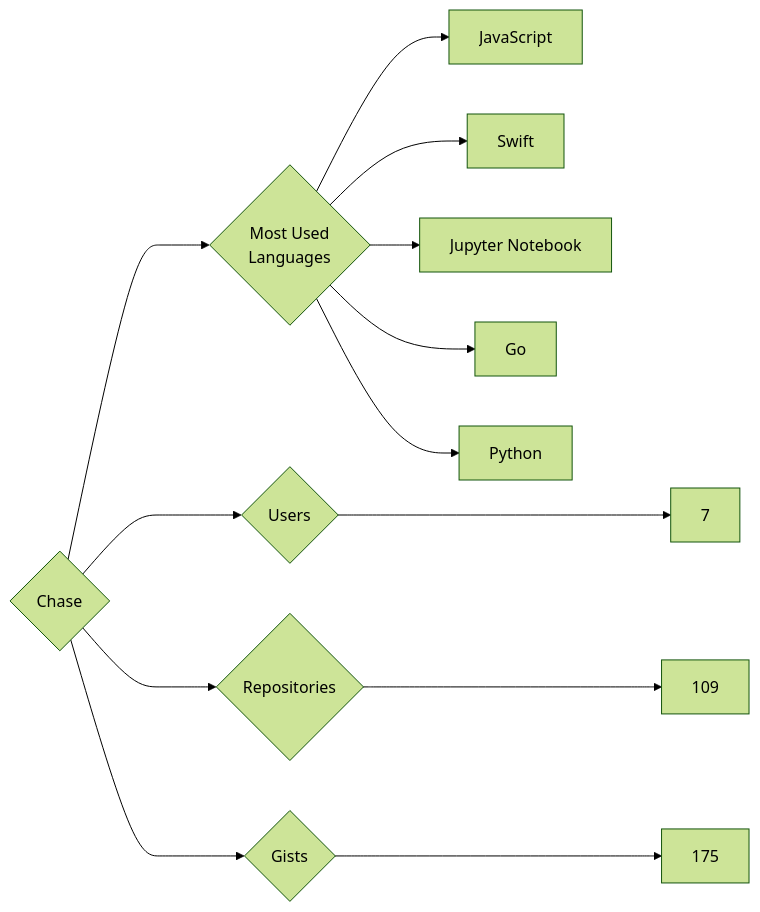
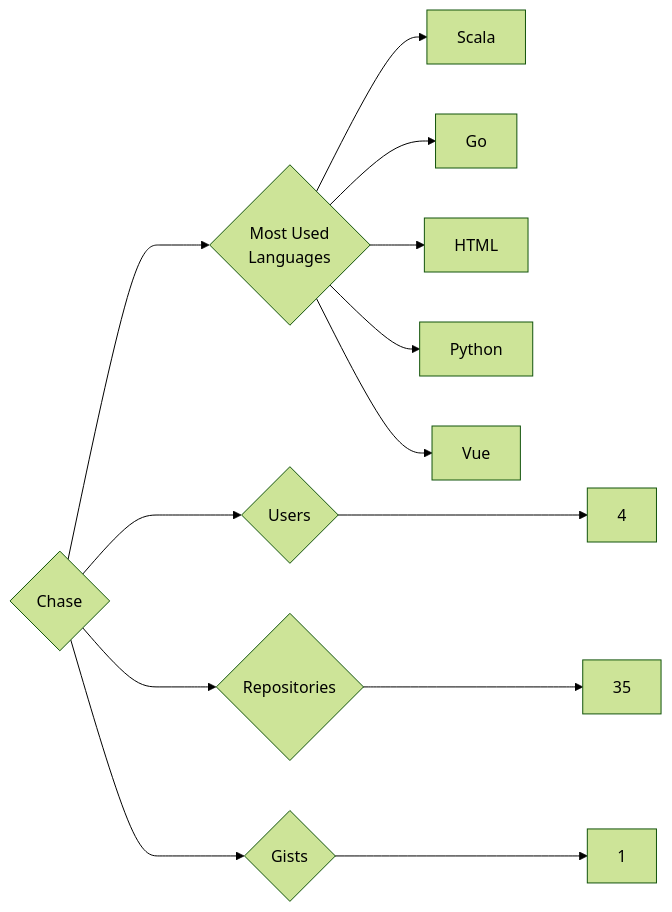
One commit to trickest/insiders changed the diagram in targets/Chase/README.md. Above: the diagram before and after it, drawn with Mermaid (forest theme). The commit also changed 880 other files, not shown here.

````diff
--- a/targets/Chase/README.md
+++ b/targets/Chase/README.md
@@ -3,13 +3,13 @@
 ```mermaid
 graph LR
 COMPANY_NAME{Chase}
-COMPANY_NAME ---> U{Users} ---> UN[7]
-COMPANY_NAME ---> R{Repositories} ---> RN[109]
-COMPANY_NAME ---> G{Gists} ---> GN[175]
+COMPANY_NAME ---> U{Users} ---> UN[4]
+COMPANY_NAME ---> R{Repositories} ---> RN[35]
+COMPANY_NAME ---> G{Gists} ---> GN[1]
 COMPANY_NAME ---> ML{Most Used<br>Languages}
-ML --> JavaScript[JavaScript]
-ML --> Swift[Swift]
-ML --> Jupyter_Notebook[Jupyter Notebook]
+ML --> Scala[Scala]
 ML --> Go[Go]
+ML --> HTML[HTML]
 ML --> Python[Python]
+ML --> Vue[Vue]
 ```
````
